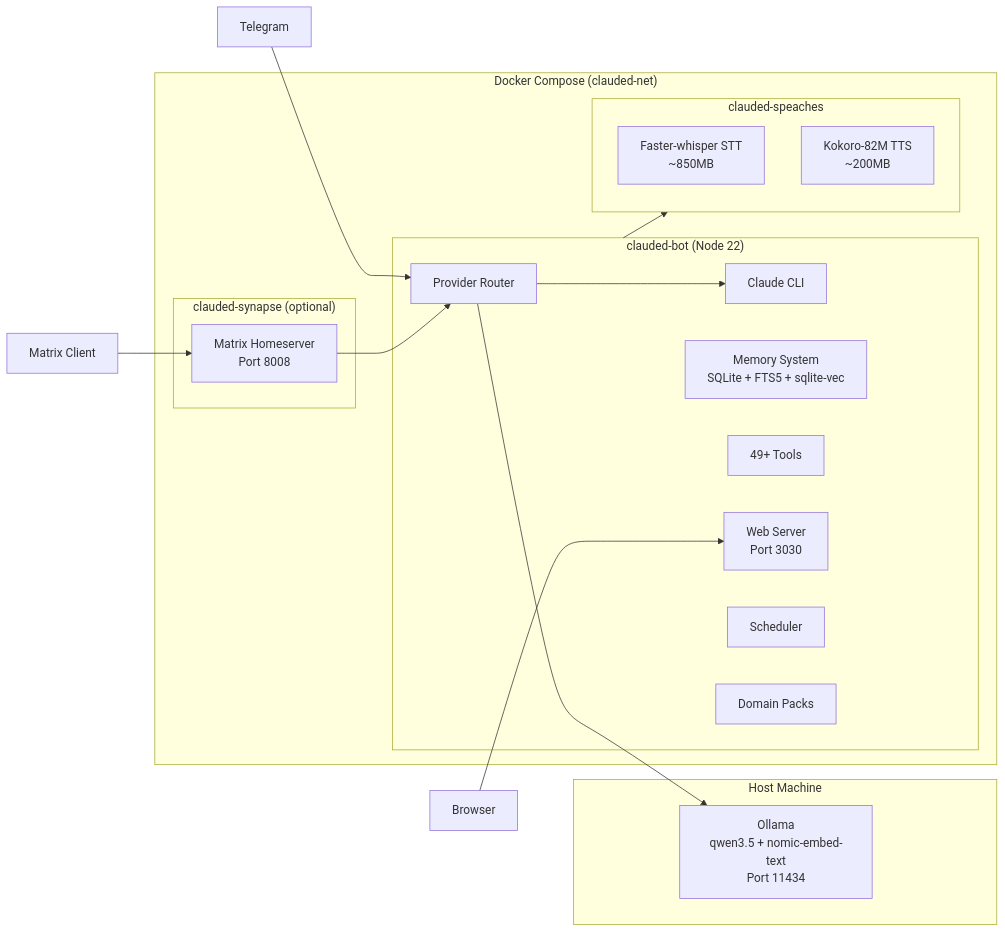
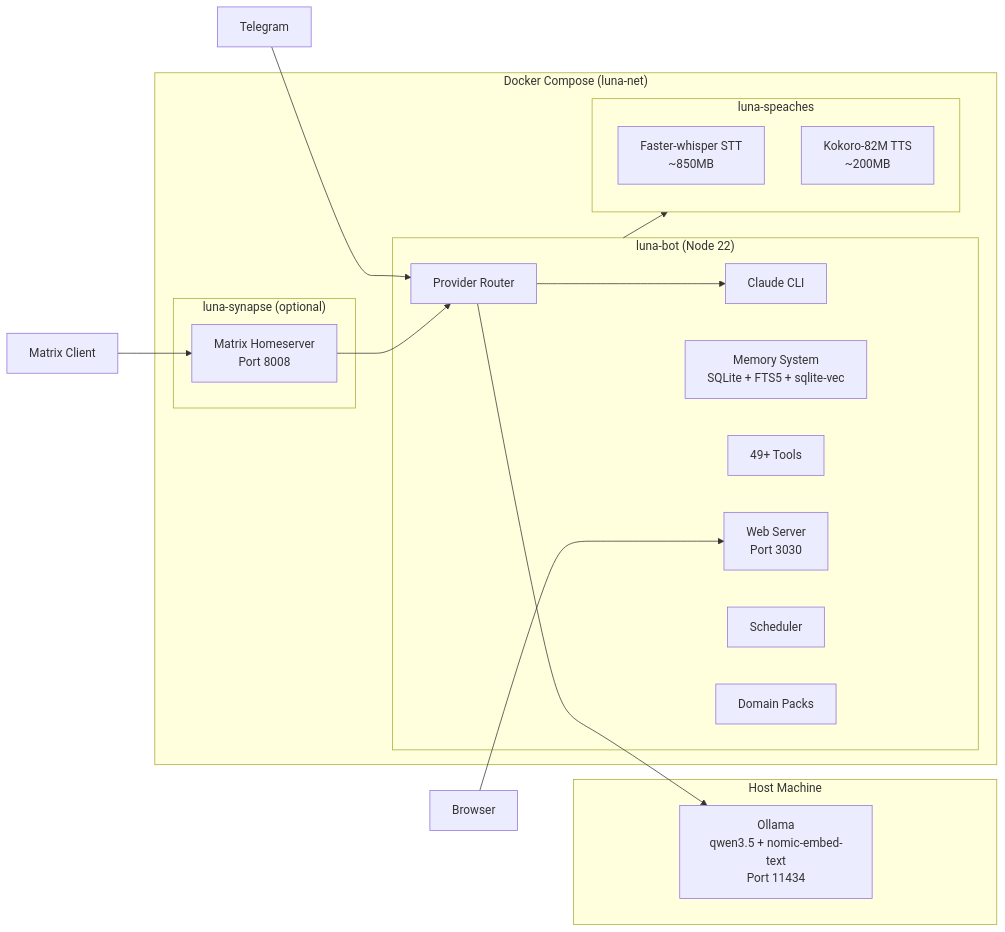
Before and after one commit to ccmanuelf/superprompt: the first of 8 diagrams in docs/architecture.md, drawn with Mermaid. The commit also changed other lines of this file and 158 other files, not shown here.

````diff
--- a/docs/architecture.md
+++ b/docs/architecture.md
@@ -38,35 +38,35 @@
 ```mermaid
 graph LR
     subgraph Host["Host Machine"]
         Ollama["Ollama<br/>qwen3.5 + nomic-embed-text<br/>Port 11434"]
     end
 
-    subgraph Docker["Docker Compose (clauded-net)"]
-        subgraph Bot["clauded-bot (Node 22)"]
+    subgraph Docker["Docker Compose (luna-net)"]
+        subgraph Bot["luna-bot (Node 22)"]
             Router["Provider Router"]
             Claude["Claude CLI"]
             Memory["Memory System<br/>SQLite + FTS5 + sqlite-vec"]
             Tools["49+ Tools"]
             Web["Web Server<br/>Port 3030"]
             Scheduler["Scheduler"]
             Packs["Domain Packs"]
         end
 
-        subgraph Voice["clauded-speaches"]
+        subgraph Voice["luna-speaches"]
             STT["Faster-whisper STT<br/>~850MB"]
             TTS["Kokoro-82M TTS<br/>~200MB"]
         end
 
-        subgraph Matrix["clauded-synapse (optional)"]
+        subgraph Matrix["luna-synapse (optional)"]
             Synapse["Matrix Homeserver<br/>Port 8008"]
         end
     end
 
     Telegram["Telegram"] --> Router
     MatrixClient["Matrix Client"] --> Synapse --> Router
     Browser["Browser"] --> Web
 
     Router --> Claude
     Router --> Ollama
     Bot --> Voice
 ```
````
